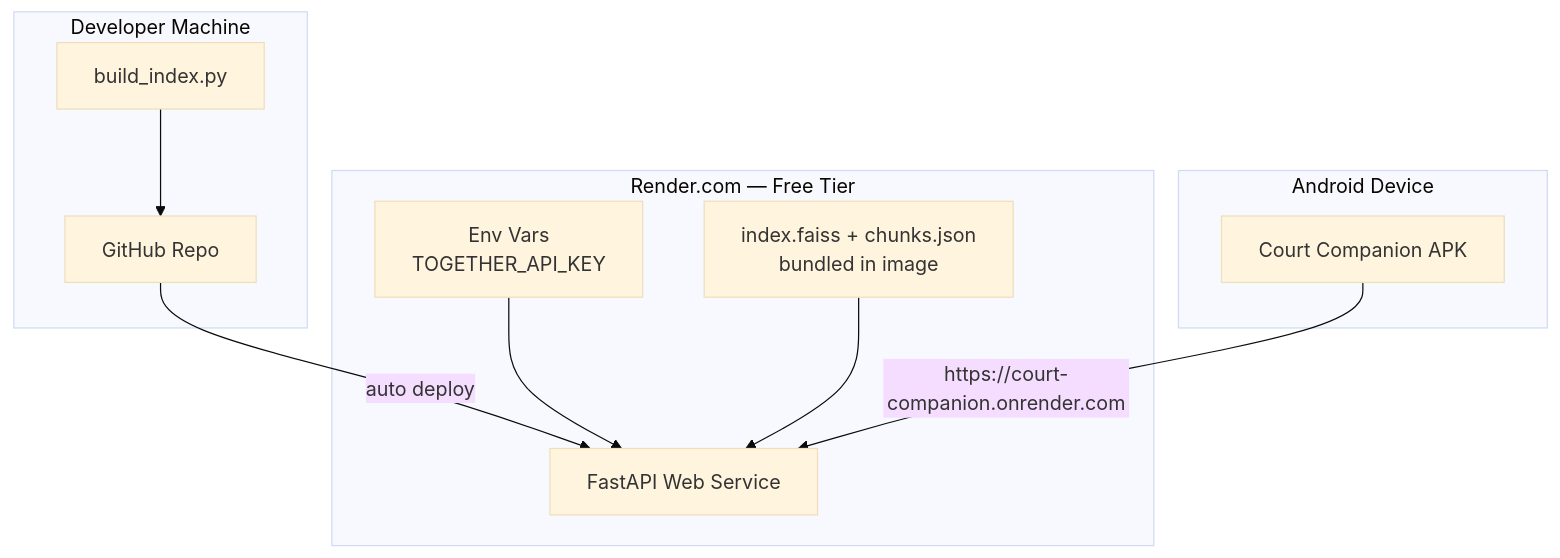
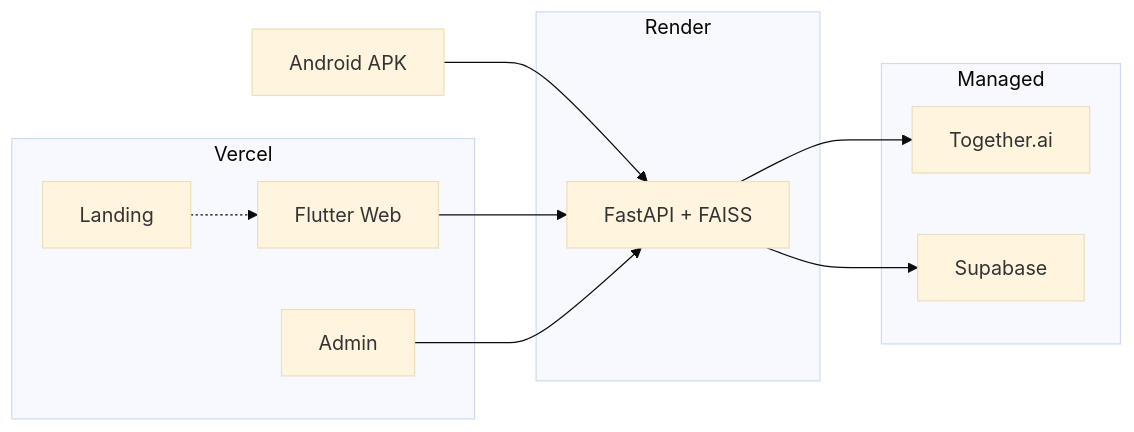
Before and after one commit to ShahxHussain/AI_Legal_Assistant: the fourth of 4 diagrams in docs/ARCHITECTURE.md, drawn with Mermaid (base theme). The commit also changed other lines of this file and 18 other files, not shown here.

````diff
--- a/docs/ARCHITECTURE.md
+++ b/docs/ARCHITECTURE.md
@@ -262,23 +234,24 @@
 ```mermaid
-flowchart TB
-    subgraph Dev["Developer Machine"]
-        Build[build_index.py]
-        Git[GitHub Repo]
+flowchart LR
+    subgraph Vercel
+        L[Landing]
+        W[Flutter Web]
+        A[Admin]
     end
 
-    subgraph Render["Render.com — Free Tier"]
-        Web[FastAPI Web Service]
-        Env[Env Vars\nTOGETHER_API_KEY]
-        Files[index.faiss + chunks.json\nbundled in image]
+    subgraph Render
+        API[FastAPI + FAISS]
     end
 
-    subgraph Device["Android Device"]
-        APK[Court Companion APK]
+    subgraph Managed
+        T[Together.ai]
+        S[Supabase]
     end
 
-    Build --> Git
-    Git -->|auto deploy| Web
-    Env --> Web
-    Files --> Web
-    APK -->|https://court-companion.onrender.com| Web
+    APK[Android APK] --> API
+    W --> API
+    A --> API
+    API --> T
+    API --> S
+    L -.-> W
 ```
````
